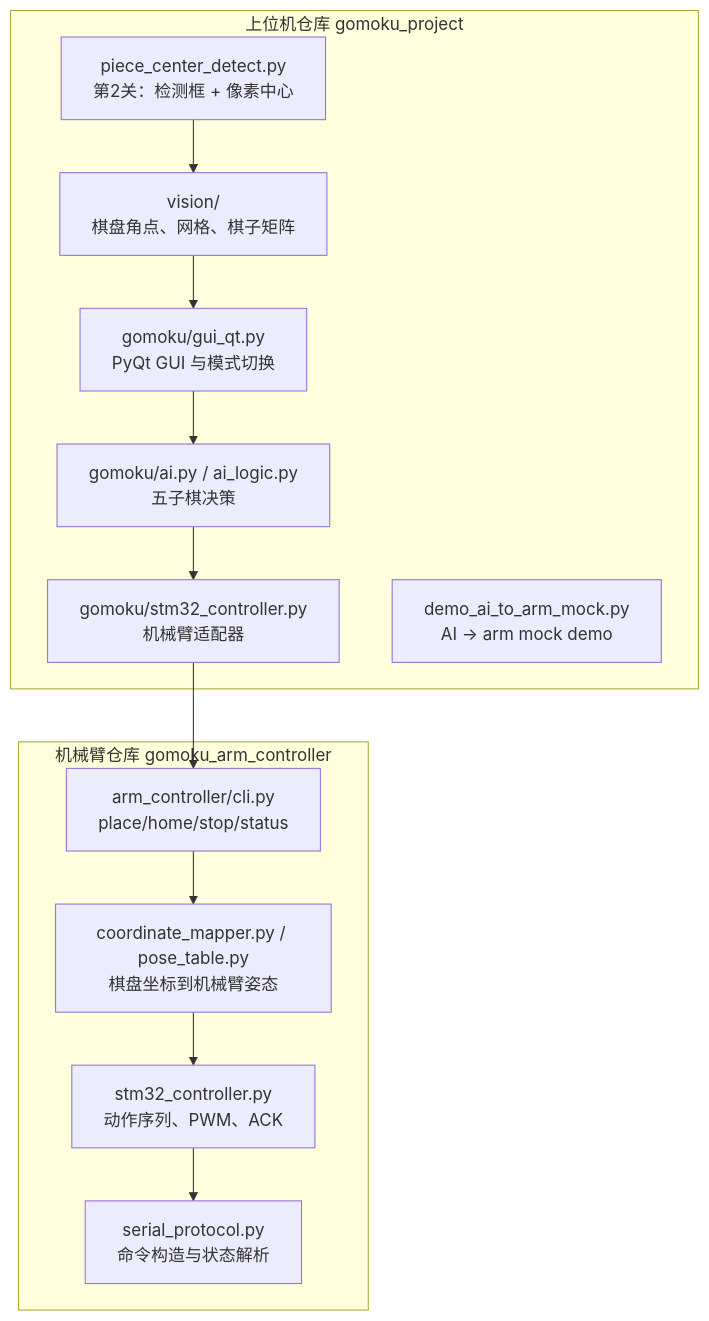
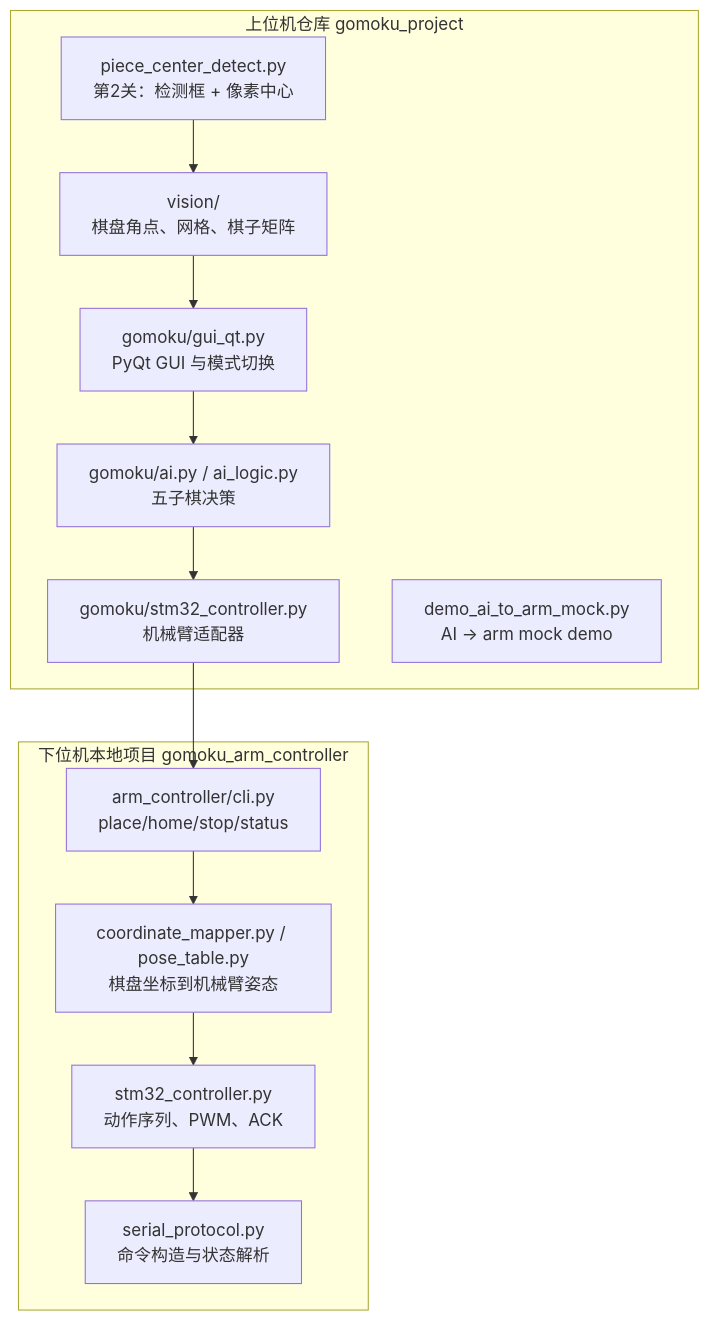
One commit to KITTIYOJIANG/gomoku-robot changed the second of 2 diagrams in docs/portfolio_system_chain.md. Above: the diagram before and after it, drawn with Mermaid. The commit also changed other lines of this file and 2 other files, not shown here.

Commit message:
Clarify local arm controller status

````diff
--- a/docs/portfolio_system_chain.md
+++ b/docs/portfolio_system_chain.md
@@ -54,27 +54,27 @@
 ```mermaid
 flowchart TB
     subgraph Host["上位机仓库 gomoku_project"]
         V1["piece_center_detect.py<br/>第2关：检测框 + 像素中心"]
         V2["vision/<br/>棋盘角点、网格、棋子矩阵"]
         GUI["gomoku/gui_qt.py<br/>PyQt GUI 与模式切换"]
         AI["gomoku/ai.py / ai_logic.py<br/>五子棋决策"]
         ADP["gomoku/stm32_controller.py<br/>机械臂适配器"]
         DEMO["demo_ai_to_arm_mock.py<br/>AI -> arm mock demo"]
     end
 
-    subgraph Arm["机械臂仓库 gomoku_arm_controller"]
+    subgraph Arm["下位机本地项目 gomoku_arm_controller"]
         CLI["arm_controller/cli.py<br/>place/home/stop/status"]
         MAP["coordinate_mapper.py / pose_table.py<br/>棋盘坐标到机械臂姿态"]
         STM["stm32_controller.py<br/>动作序列、PWM、ACK"]
         PROTO["serial_protocol.py<br/>命令构造与状态解析"]
     end
 
     V1 --> V2
     V2 --> GUI
     GUI --> AI
     AI --> ADP
     ADP --> CLI
     CLI --> MAP
     MAP --> STM
     STM --> PROTO
 ```
````
